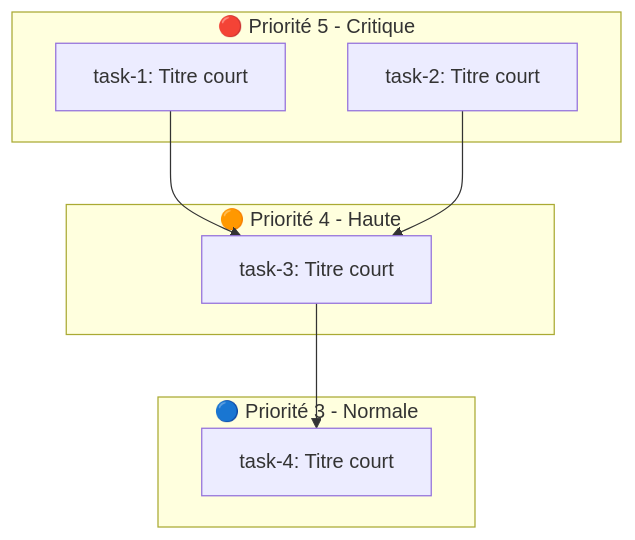
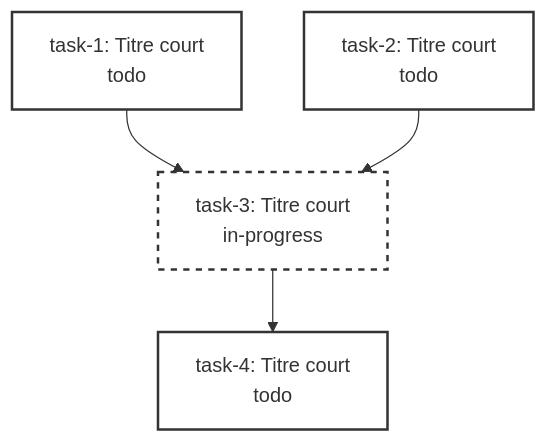
The second of 2 diagrams in .cursor/commands/architecte.md (hjamet/cursor-memory-bank), drawn with Mermaid before and after one commit. The commit also changed other lines of this file and 3 other files, not shown here.

````diff
--- a/.cursor/commands/architecte.md
+++ b/.cursor/commands/architecte.md
@@ -199,23 +190,14 @@
 ```mermaid
 graph TD
-    subgraph P5["🔴 Priorité 5 - Critique"]
-        task1["task-1: Titre court"]
-        task2["task-2: Titre court"]
-    end
-    
-    subgraph P4["🟠 Priorité 4 - Haute"]
-        task3["task-3: Titre court"]
-    end
-    
-    subgraph P3["🔵 Priorité 3 - Normale"]
-        task4["task-4: Titre court"]
-    end
+    task1["task-1: Titre court<br/>todo"]:::todo
+    task2["task-2: Titre court<br/>todo"]:::todo
+    task3["task-3: Titre court<br/>in-progress"]:::inprogress
+    task4["task-4: Titre court<br/>todo"]:::todo
     
     task1 --> task3
     task2 --> task3
     task3 --> task4
     
-    classDef priority5 fill:#ffcccc,stroke:#ff0000,stroke-width:2px
-    classDef priority4 fill:#ffe6cc,stroke:#ff8800,stroke-width:2px
-    classDef priority3 fill:#cce5ff,stroke:#0088ff,stroke-width:2px
+    classDef todo fill:#ffffff,stroke:#333333,stroke-width:2px
+    classDef inprogress fill:#ffffff,stroke:#333333,stroke-width:2px,stroke-dasharray: 5 5
 ```
````
